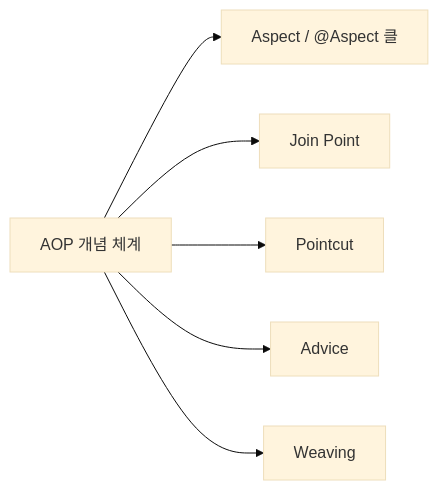
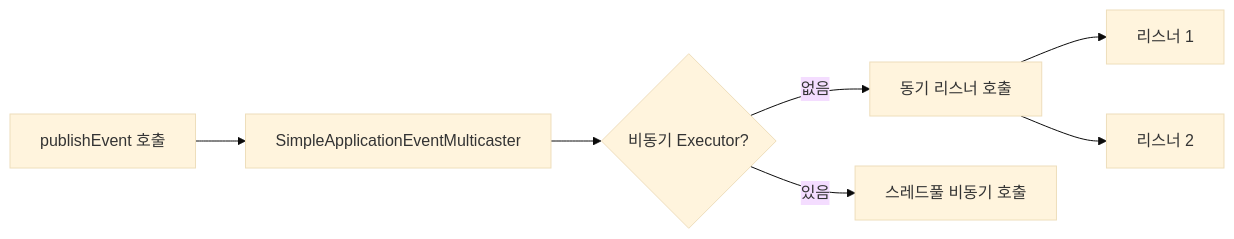
One commit to yjkim2015/yjkim2015.github.io changed the third of 7 diagrams in _posts/spring/2026-05-02-spring-core-advanced.md. Above: the diagram before and after it, drawn with Mermaid (base theme). The commit also changed other lines of this file and 4 other files, not shown here.

````diff
--- a/_posts/spring/2026-05-02-spring-core-advanced.md
+++ b/_posts/spring/2026-05-02-spring-core-advanced.md
@@ -276,8 +637,9 @@
 ```mermaid
 graph LR
-    A["AOP 개념 체계"] --> B["Aspect / @Aspect 클"]
-    A --> C["Join Point"]
-    A --> D["Pointcut"]
-    A --> E["Advice"]
-    A --> F["Weaving"]
+    A["publishEvent 호출"] --> B["SimpleApplicationEventMulticaster"]
+    B --> C{"비동기 Executor?"}
+    C -->|"없음"| D["동기 리스너 호출"]
+    C -->|"있음"| E["스레드풀 비동기 호출"]
+    D --> F["리스너 1"]
+    D --> G["리스너 2"]
 ```
````
